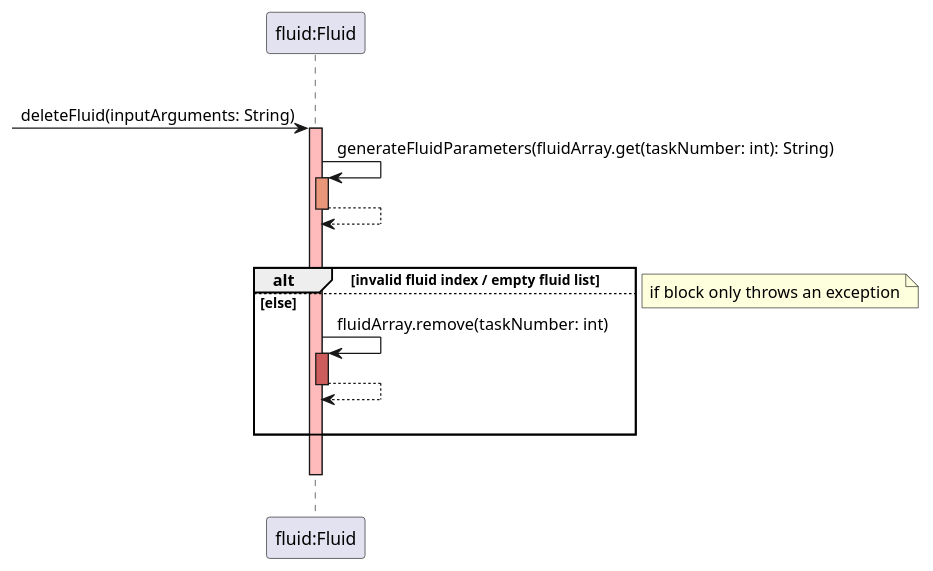
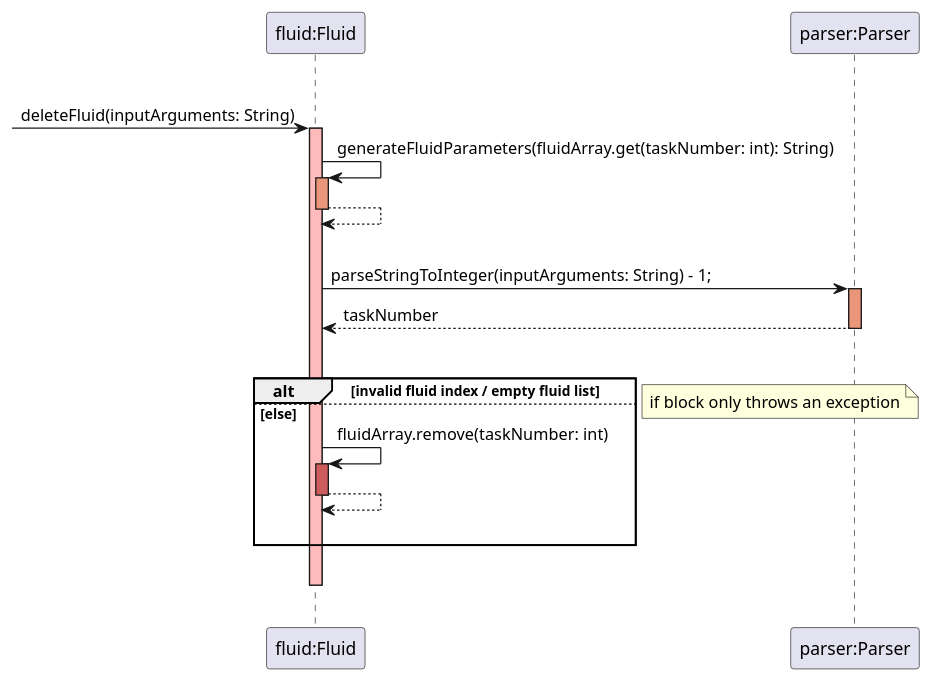
The diagram in diagrams/Fluid_DeleteFluid_Sequence.puml (teoziyiivy/tp), drawn with PlantUML before and after one commit. The commit also changed 1 other file, not shown here.

Commit message:
fluid DG

```diff
--- a/diagrams/Fluid_DeleteFluid_Sequence.puml
+++ b/diagrams/Fluid_DeleteFluid_Sequence.puml
@@ -1,24 +1,28 @@
 @startuml
 'https://plantuml.com/sequence-diagram
 |||
 participant "fluid:Fluid"
 
 ->"fluid:Fluid" : deleteFluid(inputArguments: String)
 activate "fluid:Fluid" #FFBBBB
 
 "fluid:Fluid"->"fluid:Fluid" : generateFluidParameters(fluidArray.get(taskNumber: int): String)
 activate "fluid:Fluid" #DarkSalmon
 return
+|||
+"fluid:Fluid"->"parser:Parser" : parseStringToInteger(inputArguments: String) - 1;
+activate "parser:Parser" #DarkSalmon
+return taskNumber
 |||
 alt invalid fluid index / empty fluid list
 else else
 "fluid:Fluid"->"fluid:Fluid" : fluidArray.remove(taskNumber: int)
 activate "fluid:Fluid" #IndianRed
 return
 |||
     end
     note left : if block only throws an exception
     |||
     deactivate "fluid:Fluid"
     |||
 @enduml
```
